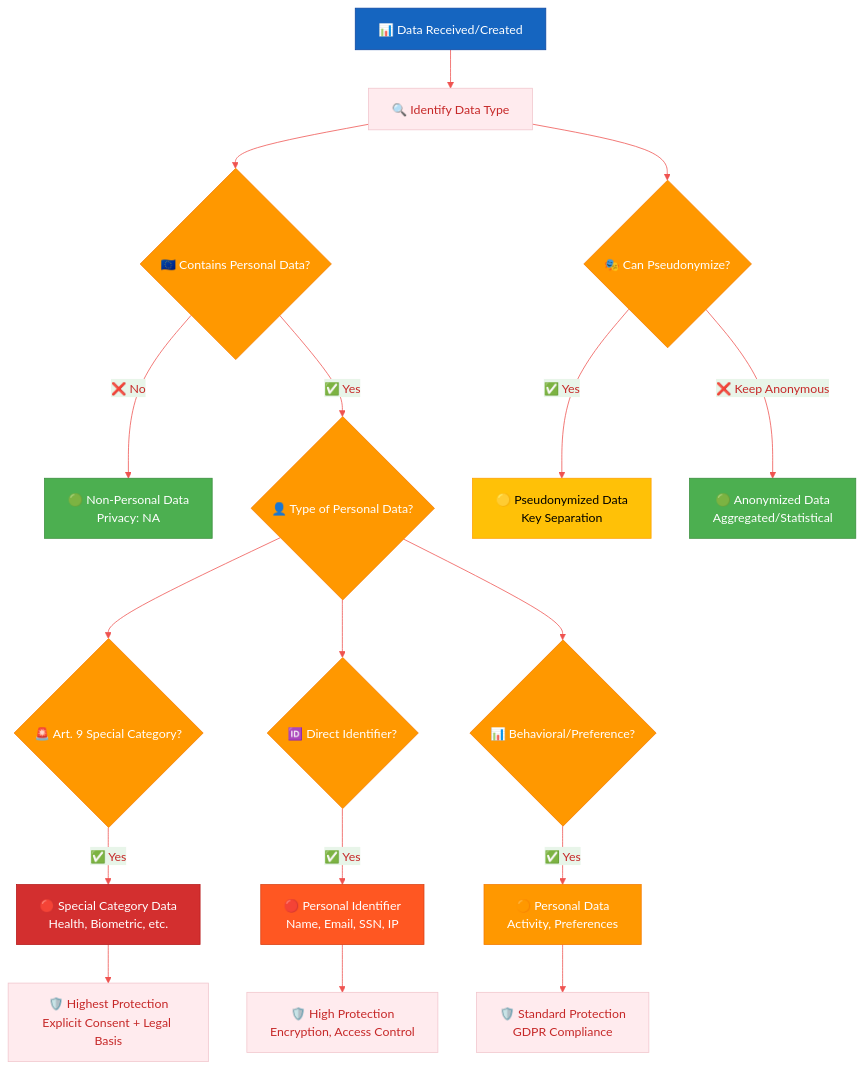
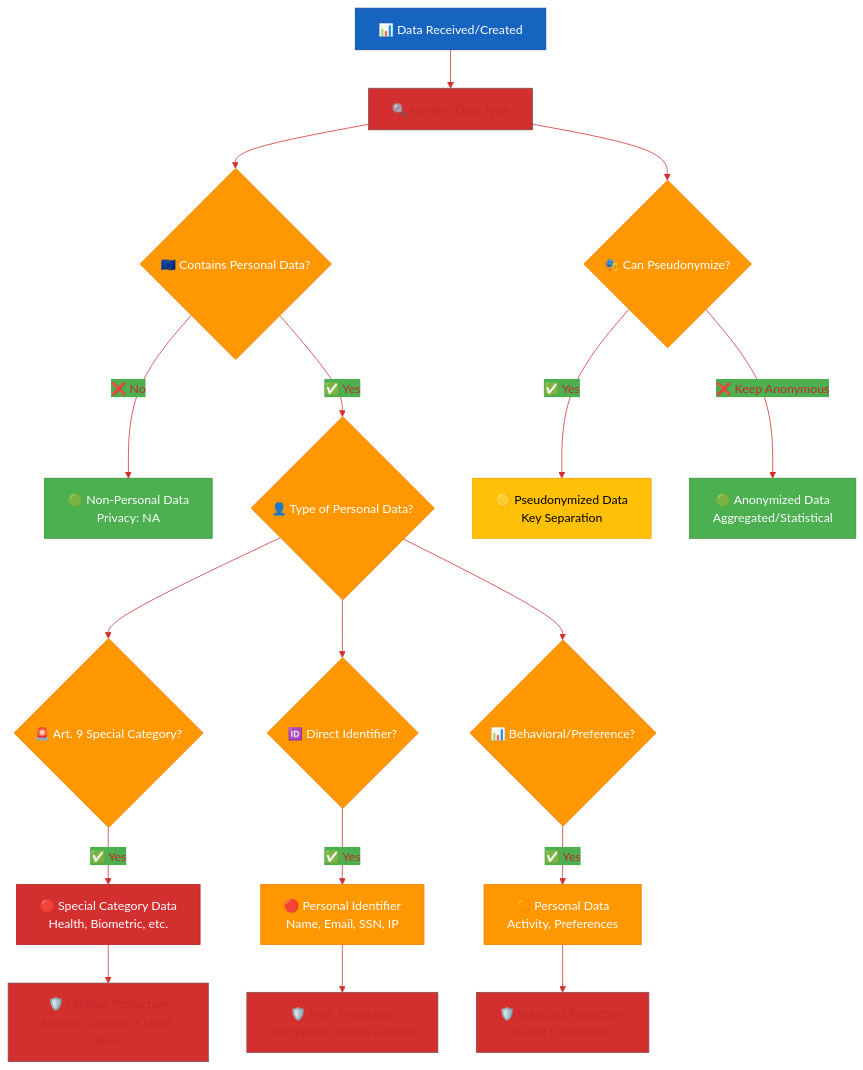
One commit to Hack23/ISMS-PUBLIC changed the ninth of 10 diagrams in Data_Classification_Policy.md. Above: the diagram before and after it, drawn with Mermaid. The commit also changed other lines of this file and 35 other files, not shown here.

````diff
--- a/Data_Classification_Policy.md
+++ b/Data_Classification_Policy.md
@@ -850,53 +850,53 @@
 ```mermaid
 %%{
   init: {
     'theme': 'base',
     'themeVariables': {
-      'primaryColor': '#ffebee',
-      'primaryTextColor': '#c62828',
-      'lineColor': '#ef5350',
-      'secondaryColor': '#e8f5e9',
-      'tertiaryColor': '#fff3e0'
+      'primaryColor': '#D32F2F',
+      'primaryTextColor': '#C62828',
+      'lineColor': '#D32F2F',
+      'secondaryColor': '#4CAF50',
+      'tertiaryColor': '#FF9800'
     }
   }
 }%%
 flowchart TD
     START[📊 Data Received/Created] --> IDENTIFY[🔍 Identify Data Type]
     
     IDENTIFY --> GDPR_CHECK{🇪🇺 Contains Personal Data?}
     
     GDPR_CHECK -->|❌ No| NON_PERSONAL[🟢 Non-Personal Data<br/>Privacy: NA]
     GDPR_CHECK -->|✅ Yes| PERSONAL_CHECK{👤 Type of Personal Data?}
     
     PERSONAL_CHECK --> SPECIAL{🚨 Art. 9 Special Category?}
     PERSONAL_CHECK --> IDENTIFIER{🆔 Direct Identifier?}
     PERSONAL_CHECK --> BEHAVIORAL{📊 Behavioral/Preference?}
     
     SPECIAL -->|✅ Yes| SPECIAL_CAT[🔴 Special Category Data<br/>Health, Biometric, etc.]
     IDENTIFIER -->|✅ Yes| PERS_ID[🔴 Personal Identifier<br/>Name, Email, SSN, IP]
     BEHAVIORAL -->|✅ Yes| PERSONAL[🟠 Personal Data<br/>Activity, Preferences]
     
     SPECIAL_CAT --> PROTECT_SPECIAL[🛡️ Highest Protection<br/>Explicit Consent + Legal Basis]
     PERS_ID --> PROTECT_HIGH[🛡️ High Protection<br/>Encryption, Access Control]
     PERSONAL --> PROTECT_STANDARD[🛡️ Standard Protection<br/>GDPR Compliance]
     
     IDENTIFY --> PSEUDO_CHECK{🎭 Can Pseudonymize?}
     PSEUDO_CHECK -->|✅ Yes| PSEUDO[🟡 Pseudonymized Data<br/>Key Separation]
     PSEUDO_CHECK -->|❌ Keep Anonymous| ANON[🟢 Anonymized Data<br/>Aggregated/Statistical]
     
     classDef startStyle fill:#1565C0,stroke:#0D47A1,color:#fff
     classDef decisionStyle fill:#FF9800,stroke:#F57C00,color:#fff
     classDef criticalStyle fill:#D32F2F,stroke:#B71C1C,color:#fff
-    classDef highStyle fill:#FF5722,stroke:#D84315,color:#fff
+    classDef highStyle fill:#FF9800,stroke:#F57C00,color:#fff
     classDef standardStyle fill:#FF9800,stroke:#F57C00,color:#fff
     classDef lowStyle fill:#FFC107,stroke:#FFA000,color:#000
     classDef safeStyle fill:#4CAF50,stroke:#388E3C,color:#fff
     
     class START startStyle
     class GDPR_CHECK,PERSONAL_CHECK,SPECIAL,IDENTIFIER,BEHAVIORAL,PSEUDO_CHECK decisionStyle
     class SPECIAL_CAT criticalStyle
     class PERS_ID highStyle
     class PERSONAL standardStyle
     class PSEUDO lowStyle
     class ANON,NON_PERSONAL safeStyle
 ```
````
